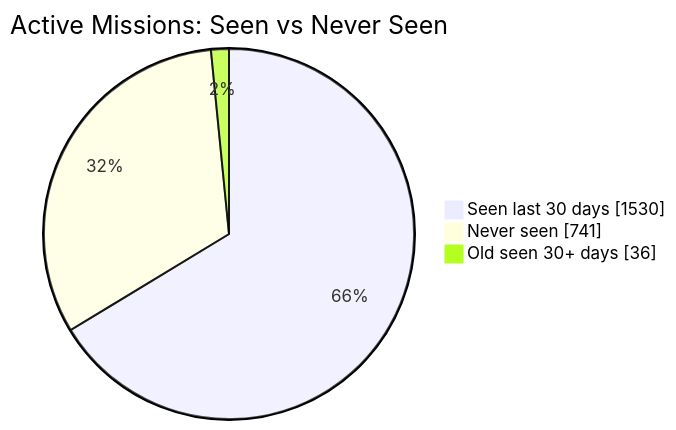
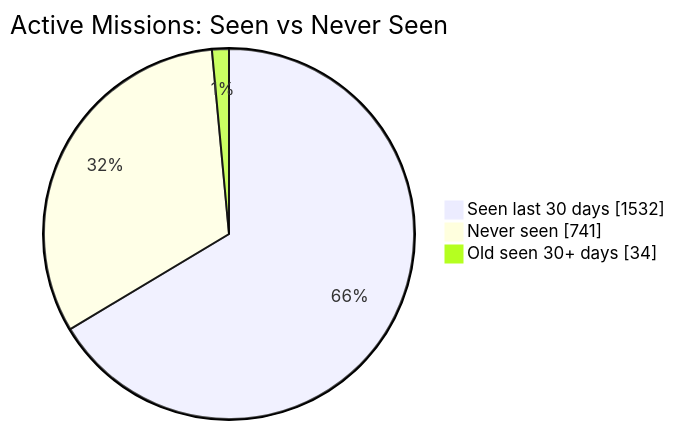
One commit to MeldkamerspelGameTeam/active-missions changed the first of 2 diagrams in README.md. Above: the diagram before and after it, drawn with Mermaid. The commit also changed other lines of this file and 3 other files, not shown here.

````diff
--- a/README.md
+++ b/README.md
@@ -34,7 +34,7 @@
 ```mermaid
 pie showData
     title Active Missions: Seen vs Never Seen
-    "Seen last 30 days" : 1530
+    "Seen last 30 days" : 1532
     "Never seen" : 741
-    "Old seen 30+ days" : 36
+    "Old seen 30+ days" : 34
 ```
````
